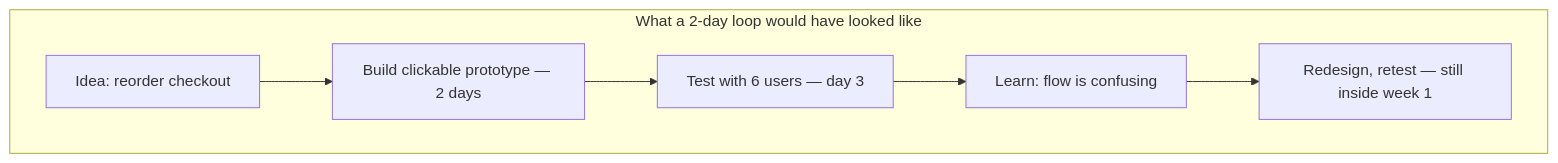
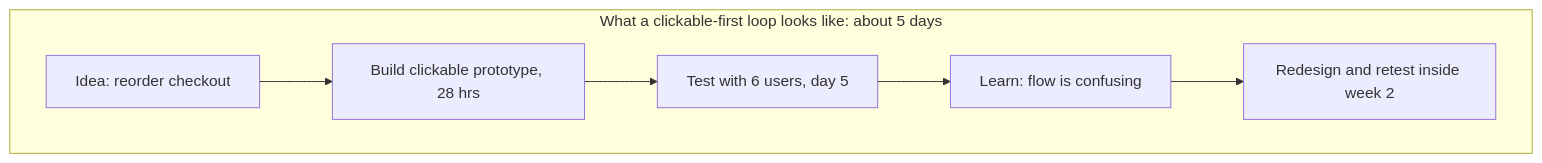
One commit to francoandreDev/knowledge changed the second of 2 diagrams in src/content/design/prototyping-feedback-loops/L3-deep-dive.mdx. Above: the diagram before and after it, drawn with Mermaid. The commit also changed other lines of this file and 16 other files, not shown here.

````diff
--- a/src/content/design/prototyping-feedback-loops/L3-deep-dive.mdx
+++ b/src/content/design/prototyping-feedback-loops/L3-deep-dive.mdx
@@ -67,10 +72,10 @@
 ```mermaid
 flowchart LR
-    subgraph Cheap["What a 2-day loop would have looked like"]
+    subgraph Cheap["What a clickable-first loop looks like: about 5 days"]
         direction LR
-        I2["Idea: reorder checkout"] --> B2["Build clickable prototype — 2 days"]
-        B2 --> T2["Test with 6 users — day 3"]
+        I2["Idea: reorder checkout"] --> B2["Build clickable prototype, 28 hrs"]
+        B2 --> T2["Test with 6 users, day 5"]
         T2 --> L2_["Learn: flow is confusing"]
-        L2_ --> R2["Redesign, retest — still inside week 1"]
+        L2_ --> R2["Redesign and retest inside week 2"]
     end
 ```
````
